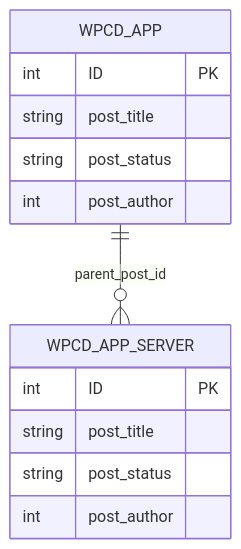
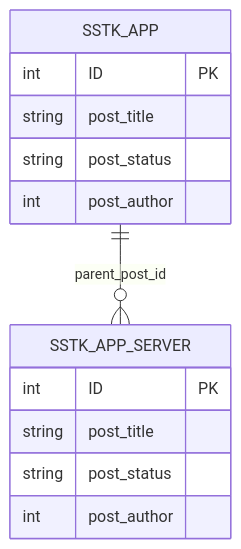
Before and after one commit to onedogsolutions/simple-stack: the third of 10 diagrams in .qoder/repowiki/en/content/Data Management/Data Management.md, drawn with Mermaid. The commit also changed other lines of this file and 5941 other files, not shown here.

````diff
--- a/.qoder/repowiki/en/content/Data Management/Data Management.md
+++ b/.qoder/repowiki/en/content/Data Management/Data Management.md
@@ -199,16 +199,16 @@
 ```mermaid
 erDiagram
-WPCD_APP_SERVER {
+SSTK_APP_SERVER {
 int ID PK
 string post_title
 string post_status
 int post_author
 }
-WPCD_APP {
+SSTK_APP {
 int ID PK
 string post_title
 string post_status
 int post_author
 }
-WPCD_APP ||--o{ WPCD_APP_SERVER : "parent_post_id"
+SSTK_APP ||--o{ SSTK_APP_SERVER : "parent_post_id"
 ```
````
